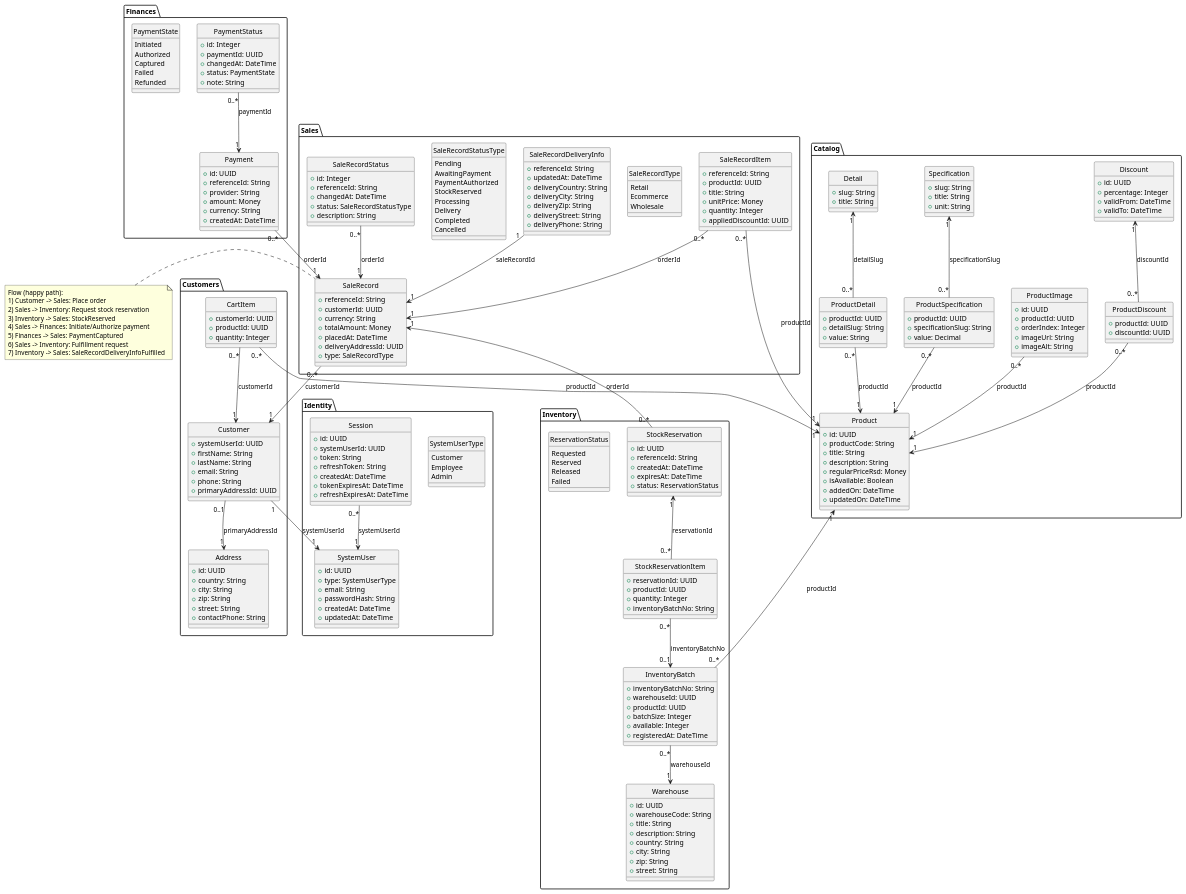
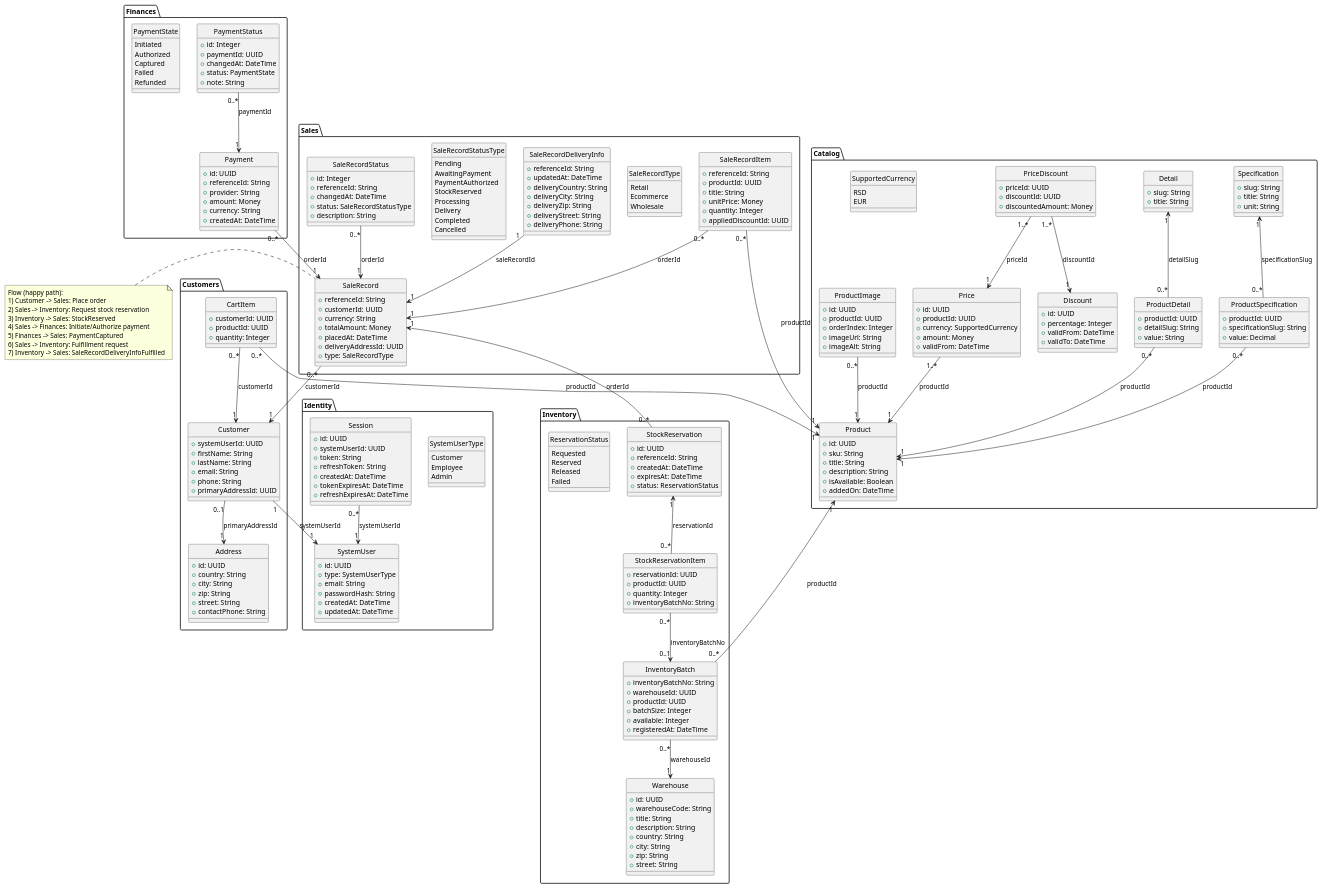
One commit to draganovik/matterway changed the diagram in docs/Matterway HLD: Class Diagram - Platform Overview.puml. Above: the diagram before and after it, drawn with PlantUML. The commit also changed 5 other files, not shown here.

First line of the commit message:
Refactor UML catalog model and update Scalar.AspNetCore

```diff
--- a/docs/Matterway HLD: Class Diagram - Platform Overview.puml
+++ b/docs/Matterway HLD: Class Diagram - Platform Overview.puml
@@ -41,20 +41,32 @@
     +validTo: DateTime
   }
 
-  class ProductDiscount {
+  class PriceDiscount {
+    +priceId: UUID
+    +discountId: UUID
+    +discountedAmount: Money
+  }
+
+  class Price {
+    +id: UUID
     +productId: UUID
-    +discountId: UUID
+    +currency: SupportedCurrency
+    +amount: Money
+    +validFrom: DateTime
+  }
+
+  enum SupportedCurrency {
+    RSD
+    EUR
   }
 
   class Product {
     +id: UUID
-    +productCode: String
+    +sku: String
     +title: String
     +description: String
-    +regularPriceRsd: Money
     +isAvailable: Boolean
     +addedOn: DateTime
-    +updatedOn: DateTime
   }
 
   class ProductDetail {
@@ -260,8 +272,9 @@
 CartItem "0..*" --> "1" Product : productId
 
 ' Catalog
-ProductDiscount "0..*" --> "1" Product : productId
-ProductDiscount "0..*" -up-> "1" Discount : discountId
+Price "1..*" --> "1" Product : productId
+PriceDiscount "1..*" --> "1" Price : priceId
+PriceDiscount "1..*" --> "1" Discount : discountId
 ProductDetail "0..*" --> "1" Product : productId
 ProductDetail "0..*" -up-> "1" Detail : detailSlug
 ProductSpecification "0..*" --> "1" Product : productId
```
